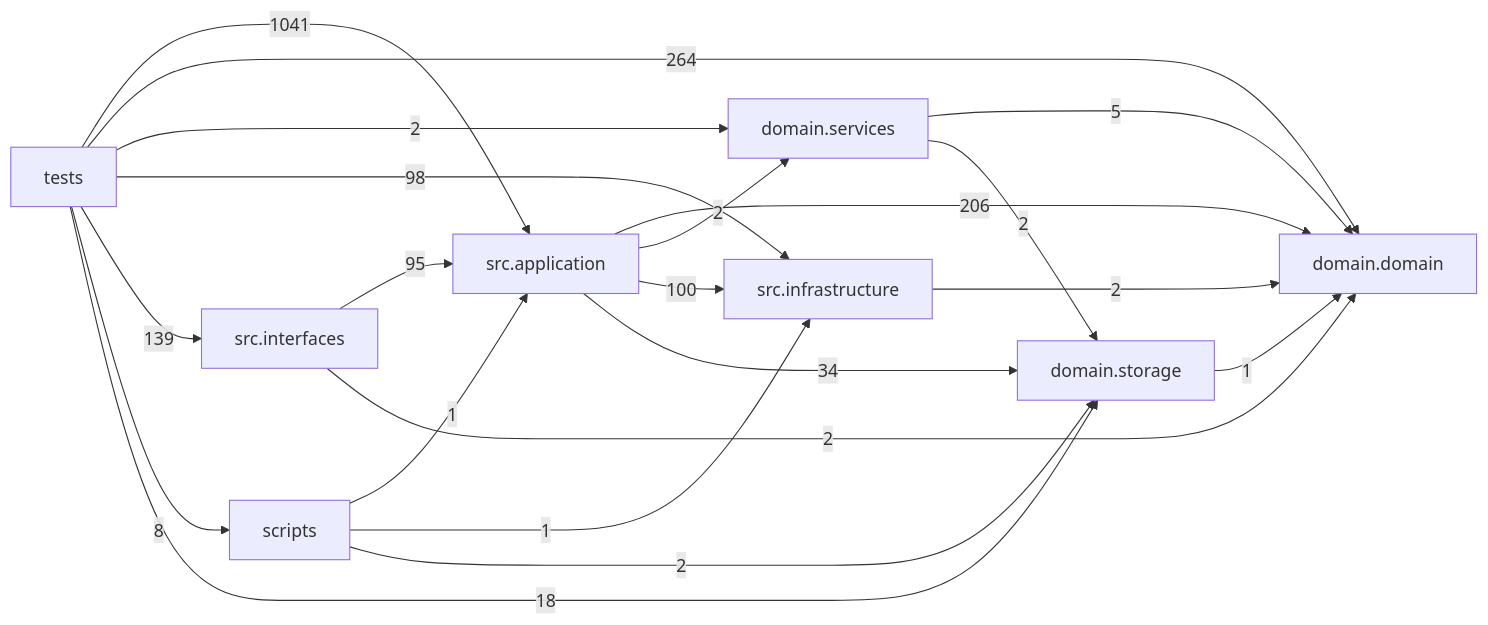
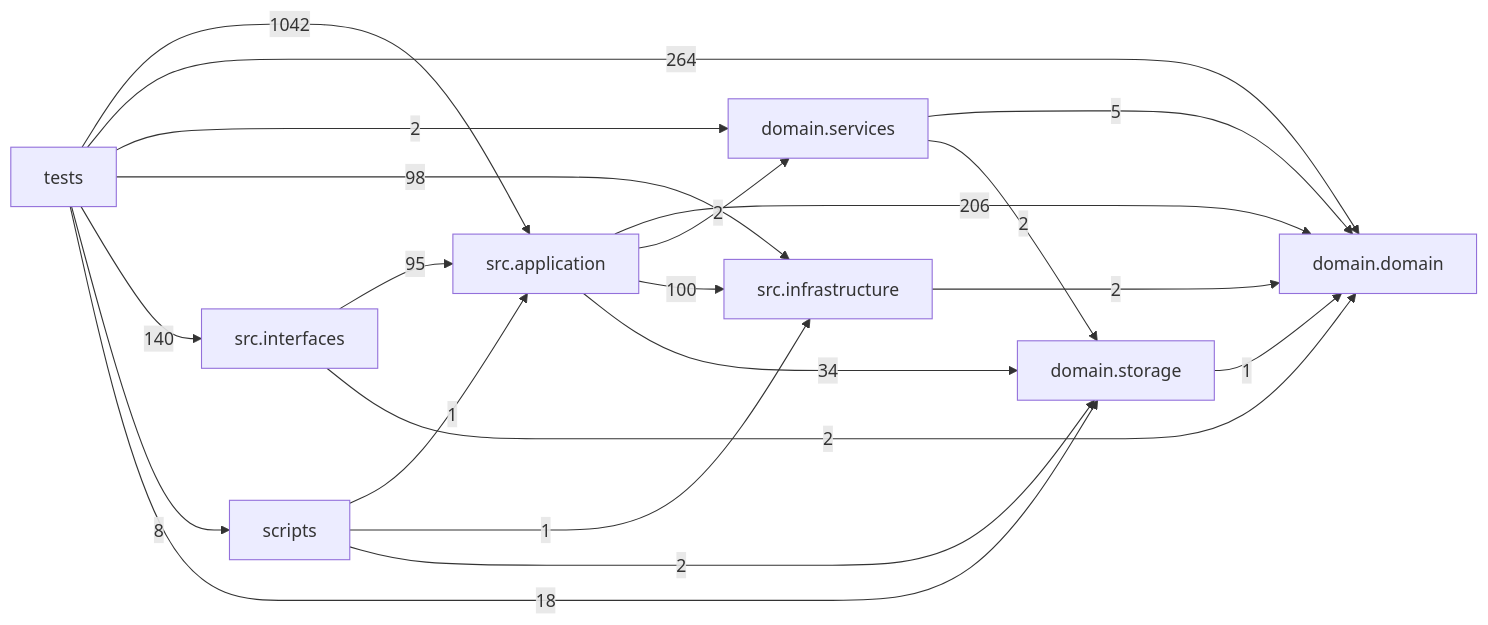
The diagram in docs/DEPENDENCY_GRAPH.md (liuxie066/options-monitor), drawn with Mermaid before and after one commit. The commit also changed other lines of this file and 12 other files, not shown here.

````diff
--- a/docs/DEPENDENCY_GRAPH.md
+++ b/docs/DEPENDENCY_GRAPH.md
@@ -24,31 +24,31 @@
 ```mermaid
 flowchart LR
   tests["tests"]
   scripts["scripts"]
   interfaces["src.interfaces"]
   application["src.application"]
   infrastructure["src.infrastructure"]
   domain_services["domain.services"]
   domain["domain.domain"]
   storage["domain.storage"]
   application -->|206| domain
   application -->|2| domain_services
   application -->|100| infrastructure
   application -->|34| storage
   domain_services -->|5| domain
   domain_services -->|2| storage
   infrastructure -->|2| domain
   interfaces -->|95| application
   interfaces -->|2| domain
   scripts -->|1| application
   scripts -->|1| infrastructure
   scripts -->|2| storage
   storage -->|1| domain
-  tests -->|1041| application
+  tests -->|1042| application
   tests -->|264| domain
   tests -->|2| domain_services
   tests -->|98| infrastructure
-  tests -->|139| interfaces
+  tests -->|140| interfaces
   tests -->|8| scripts
   tests -->|18| storage
 ```
````
